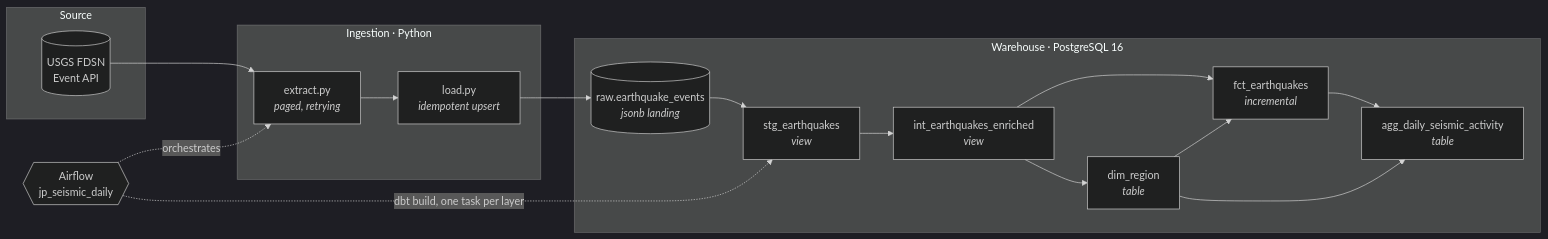
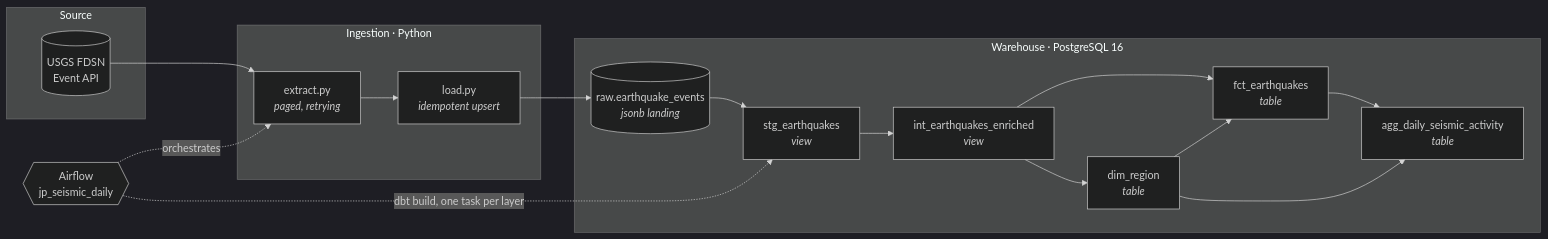
One commit to DelusionsMaxxing/jp-seismic-pipeline changed the diagram in README.md. Above: the diagram before and after it, drawn with Mermaid (dark theme). The commit also changed other lines of this file and 1 other file, not shown here.

First line of the commit message:
docs: retire the incremental references the rebuild made false

````diff
--- a/README.md
+++ b/README.md
@@ -24,31 +24,31 @@
 ```mermaid
 flowchart LR
     subgraph Source
         USGS[("USGS FDSN<br/>Event API")]
     end
 
     subgraph Ingestion["Ingestion · Python"]
         EX["extract.py<br/><i>paged, retrying</i>"]
         LD["load.py<br/><i>idempotent upsert</i>"]
     end
 
     subgraph Warehouse["Warehouse · PostgreSQL 16"]
         RAW[("raw.earthquake_events<br/><i>jsonb landing</i>")]
         STG["stg_earthquakes<br/><i>view</i>"]
         INT["int_earthquakes_enriched<br/><i>view</i>"]
         DIM["dim_region<br/><i>table</i>"]
-        FCT["fct_earthquakes<br/><i>incremental</i>"]
+        FCT["fct_earthquakes<br/><i>table</i>"]
         AGG["agg_daily_seismic_activity<br/><i>table</i>"]
     end
 
     USGS --> EX --> LD --> RAW
     RAW --> STG --> INT
     INT --> DIM
     INT --> FCT
     DIM --> FCT
     FCT --> AGG
     DIM --> AGG
 
     AF{{"Airflow<br/>jp_seismic_daily"}} -.orchestrates.-> EX
     AF -."dbt build, one task per layer".-> STG
 ```
````
